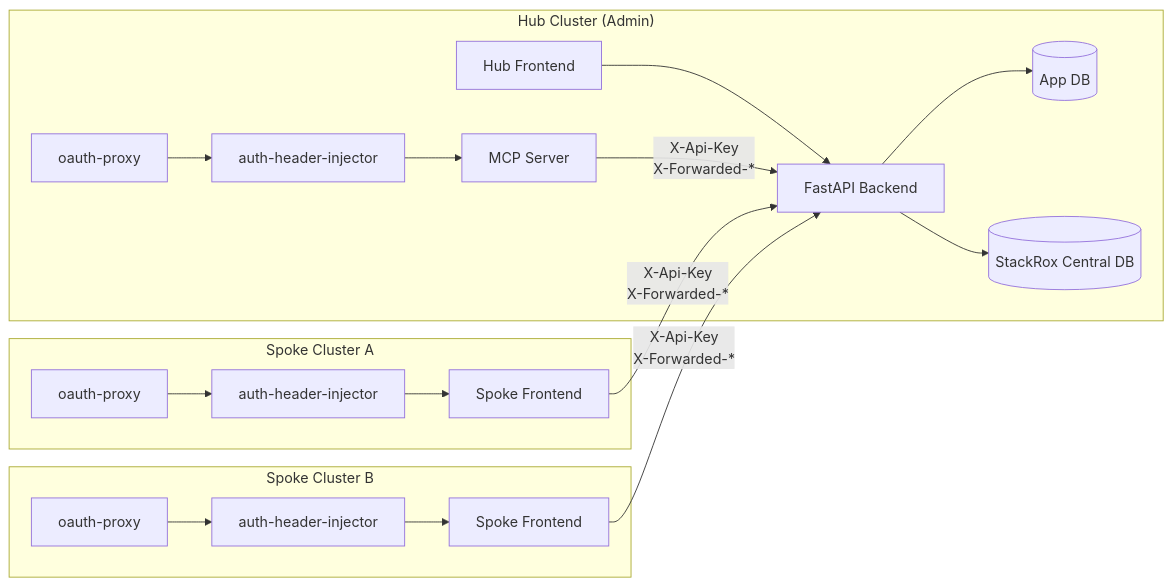
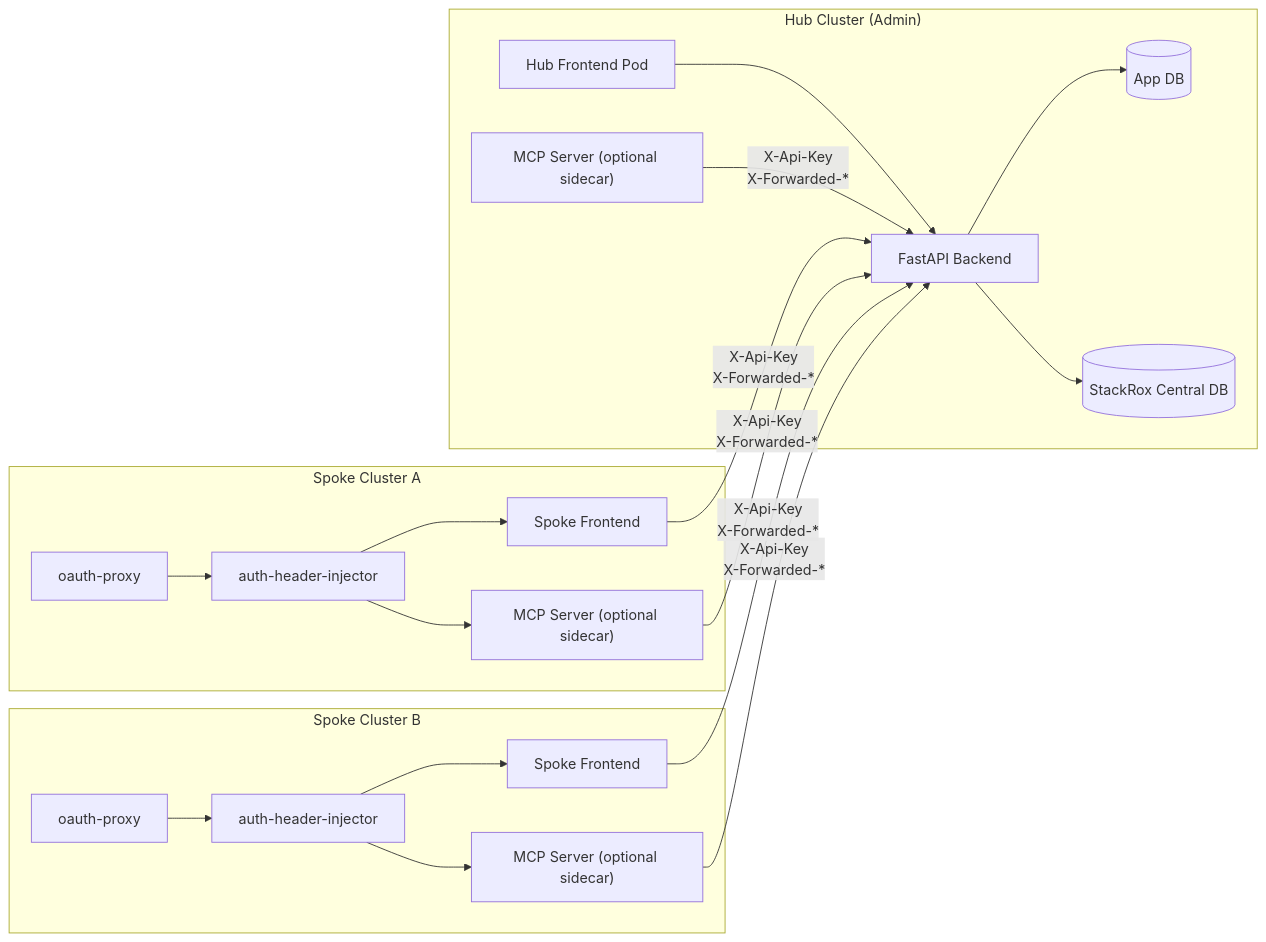
One commit to dadav/rhacs-manager changed the first of 4 diagrams in docs/architecture.md. Above: the diagram before and after it, drawn with Mermaid. The commit also changed other lines of this file, not shown here.

Commit message:
docs: Update to current arch

````diff
--- a/docs/architecture.md
+++ b/docs/architecture.md
@@ -7,40 +7,41 @@
 ```mermaid
 graph LR
     subgraph "Hub Cluster (Admin)"
         BE["FastAPI Backend"]
-        FE_HUB["Hub Frontend"]
-        MCP_OP["oauth-proxy"]
-        MCP_NR["auth-header-injector"]
-        MCP["MCP Server"]
+        FE_HUB["Hub Frontend Pod"]
+        FE_HUB_MCP["MCP Server (optional sidecar)"]
         APP_DB[("App DB")]
         SX_DB[("StackRox Central DB")]
     end
 
     subgraph "Spoke Cluster A"
         OP_A["oauth-proxy"]
         NR_A["auth-header-injector"]
         FE_A["Spoke Frontend"]
+        MCP_A["MCP Server (optional sidecar)"]
     end
 
     subgraph "Spoke Cluster B"
         OP_B["oauth-proxy"]
         NR_B["auth-header-injector"]
         FE_B["Spoke Frontend"]
+        MCP_B["MCP Server (optional sidecar)"]
     end
 
     FE_HUB --> BE
+    FE_HUB_MCP -->|"X-Api-Key<br/>X-Forwarded-*"| BE
     BE --> APP_DB
     BE --> SX_DB
 
-    MCP_OP --> MCP_NR
-    MCP_NR --> MCP
-    MCP -->|"X-Api-Key<br/>X-Forwarded-*"| BE
-
     OP_A --> NR_A
     NR_A --> FE_A
+    NR_A --> MCP_A
     FE_A -->|"X-Api-Key<br/>X-Forwarded-*"| BE
+    MCP_A -->|"X-Api-Key<br/>X-Forwarded-*"| BE
 
     OP_B --> NR_B
     NR_B --> FE_B
+    NR_B --> MCP_B
     FE_B -->|"X-Api-Key<br/>X-Forwarded-*"| BE
+    MCP_B -->|"X-Api-Key<br/>X-Forwarded-*"| BE
 ```
````
